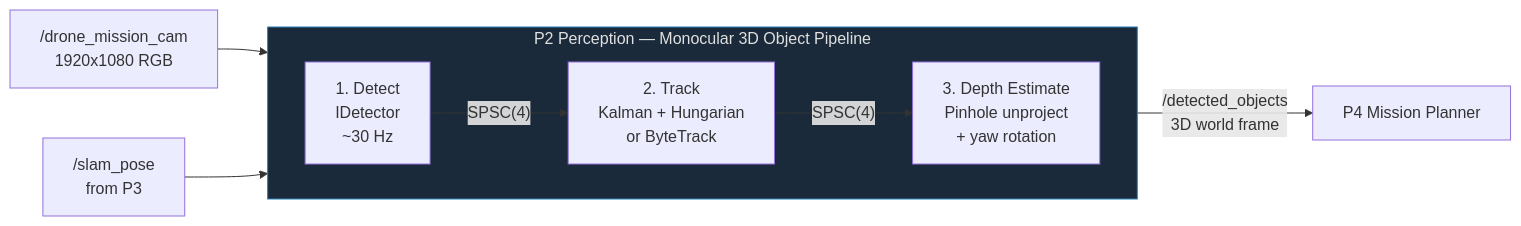
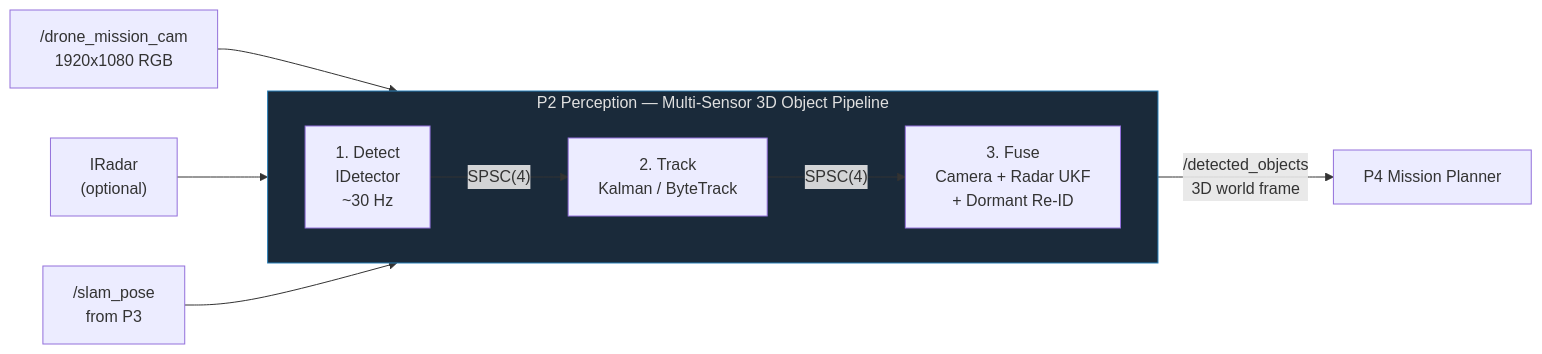
One commit to nmohamaya/companion_software_stack changed the third of 9 diagrams in README.md. Above: the diagram before and after it, drawn with Mermaid. The commit also changed other lines of this file and 8 other files, not shown here.

````diff
--- a/README.md
+++ b/README.md
@@ -225,18 +228,19 @@
 ```mermaid
 graph LR
-    subgraph P2["P2 Perception — Monocular 3D Object Pipeline"]
+    subgraph P2["P2 Perception — Multi-Sensor 3D Object Pipeline"]
         direction LR
         Infer["1. Detect\nIDetector\n~30 Hz"]
-        Track["2. Track\nKalman + Hungarian\nor ByteTrack"]
-        Fuse["3. Depth Estimate\nPinhole unproject\n+ yaw rotation"]
+        Track["2. Track\nKalman / ByteTrack"]
+        Fuse["3. Fuse\nCamera + Radar UKF\n+ Dormant Re-ID"]
 
         Infer -->|"SPSC(4)"| Track
         Track -->|"SPSC(4)"| Fuse
     end
 
     MissionCam["/drone_mission_cam\n1920x1080 RGB"] --> Infer
+    Radar["IRadar\n(optional)"] --> Fuse
     Pose["/slam_pose\nfrom P3"] --> Fuse
     Fuse -->|"/detected_objects\n3D world frame"| P4["P4 Mission Planner"]
 
     style P2 fill:#1a2a3a,stroke:#2980b9,color:#e0e0e0
 ```
````
